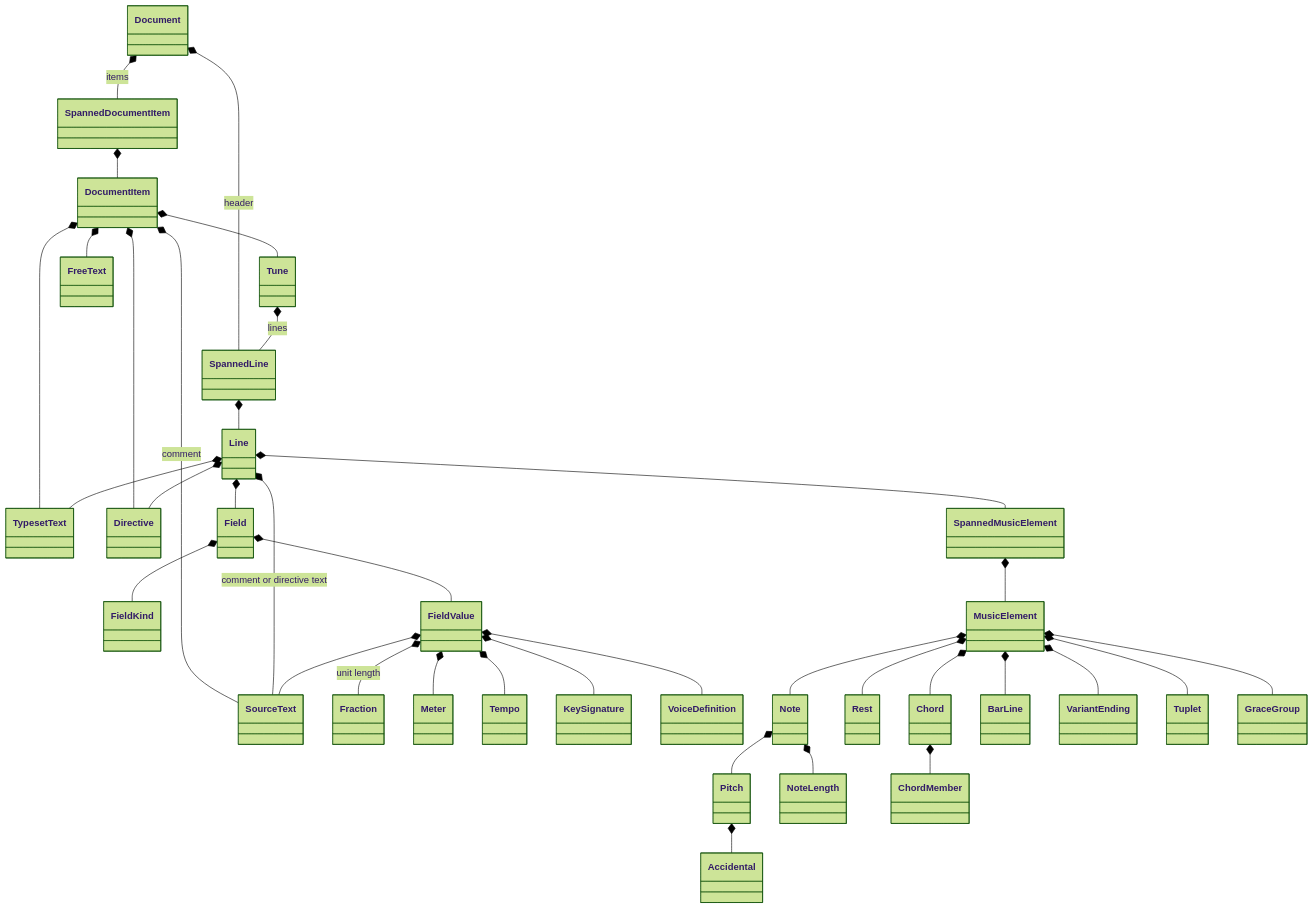
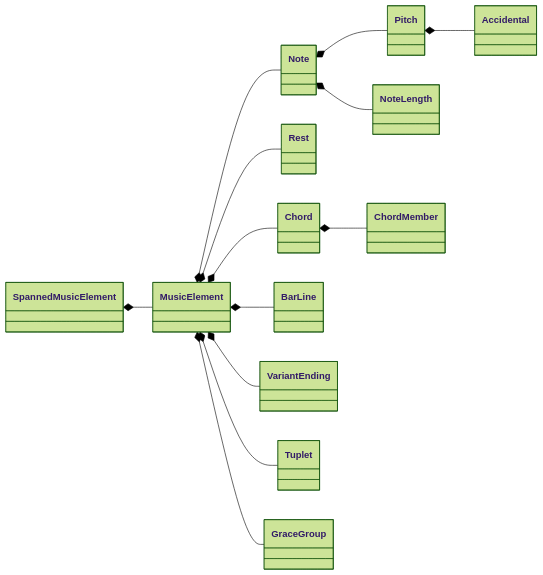
One commit to mauricebarnum/abc-parser changed the seventh of 7 diagrams in docs/architecture.md. Above: the diagram before and after it, drawn with Mermaid (forest theme). The commit also changed 1 other file, not shown here.

Commit message:
Improve architecture diagram readability
Use the parity SVG pipeline to avoid overlapping fallback labels in
browsers. Split the oversized AST graph into focused left-to-right
diagrams so rustdoc keeps their text legible.

AI-Tool: Codex
AI-Model: GPT-5

````diff
--- a/docs/architecture.md
+++ b/docs/architecture.md
@@ -252,38 +298,16 @@
 ```mermaid
 classDiagram
-    Document *-- SpannedDocumentItem : items
-    SpannedDocumentItem *-- DocumentItem
-    DocumentItem *-- Tune
-    DocumentItem *-- FreeText
-    DocumentItem *-- TypesetText
-    DocumentItem *-- Directive
-    DocumentItem *-- SourceText : comment
-    Document *-- SpannedLine : header
-    Tune *-- SpannedLine : lines
-    SpannedLine *-- Line
-    Line *-- Directive
-    Line *-- Field
-    Line *-- TypesetText
-    Line *-- SpannedMusicElement
-    Line *-- SourceText : comment or directive text
-    Field *-- FieldKind
-    Field *-- FieldValue
-    FieldValue *-- Fraction : unit length
-    FieldValue *-- Meter
-    FieldValue *-- Tempo
-    FieldValue *-- KeySignature
-    FieldValue *-- VoiceDefinition
-    FieldValue *-- SourceText
+    direction LR
     SpannedMusicElement *-- MusicElement
     MusicElement *-- Note
     MusicElement *-- Rest
     MusicElement *-- Chord
     MusicElement *-- BarLine
     MusicElement *-- VariantEnding
     MusicElement *-- Tuplet
     MusicElement *-- GraceGroup
     Note *-- Pitch
     Note *-- NoteLength
     Pitch *-- Accidental
     Chord *-- ChordMember
 ```
````
